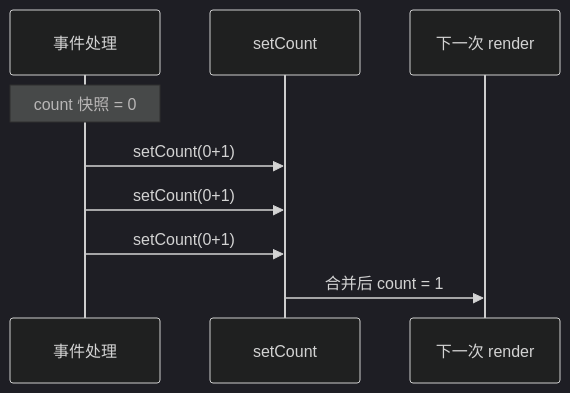
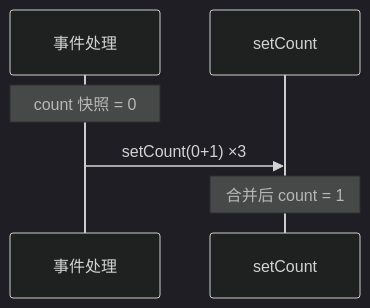
One commit to YancyZ/Knowledge-base changed the first of 2 diagrams in 前端框架篇/React/03-组件基础/04-State基础与更新语义.md. Above: the diagram before and after it, drawn with Mermaid (dark theme). The commit also changed other lines of this file and 224 other files, not shown here.

````diff
--- a/前端框架篇/React/03-组件基础/04-State基础与更新语义.md
+++ b/前端框架篇/React/03-组件基础/04-State基础与更新语义.md
@@ -66,12 +44,8 @@
 ```mermaid
 sequenceDiagram
   participant E as 事件处理
   participant S as setCount
-  participant R as 下一次 render
-
   Note over E: count 快照 = 0
-  E->>S: setCount(0+1)
-  E->>S: setCount(0+1)
-  E->>S: setCount(0+1)
-  S->>R: 合并后 count = 1
+  E->>S: setCount(0+1) ×3
+  Note over S: 合并后 count = 1
 ```
````
